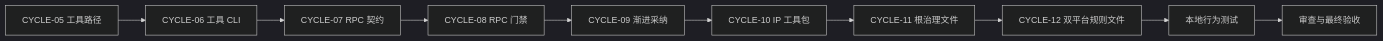
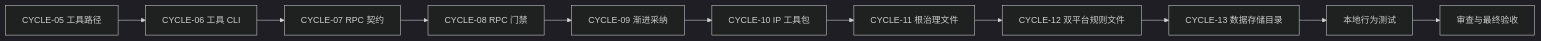
The first of 3 diagrams in doc/3-实施/2026-07-28_014412_代码位置目录规则V2_实施总览.md (luode0320/luode-skills), drawn with Mermaid (dark theme) before and after one commit. The commit also changed other lines of this file and 2 other files, not shown here.

````diff
--- a/doc/3-实施/2026-07-28_014412_代码位置目录规则V2_实施总览.md
+++ b/doc/3-实施/2026-07-28_014412_代码位置目录规则V2_实施总览.md
@@ -94,12 +95,13 @@
 ```mermaid
 flowchart LR
     A[CYCLE-05 工具路径] --> B[CYCLE-06 工具 CLI]
     B --> C[CYCLE-07 RPC 契约]
     C --> D[CYCLE-08 RPC 门禁]
     D --> E[CYCLE-09 渐进采纳]
     E --> F[CYCLE-10 IP 工具包]
     F --> G[CYCLE-11 根治理文件]
     G --> H[CYCLE-12 双平台规则文件]
-    H --> I[本地行为测试]
-    I --> J[审查与最终验收]
+    H --> I[CYCLE-13 数据存储目录]
+    I --> J[本地行为测试]
+    J --> K[审查与最终验收]
 ```
````
